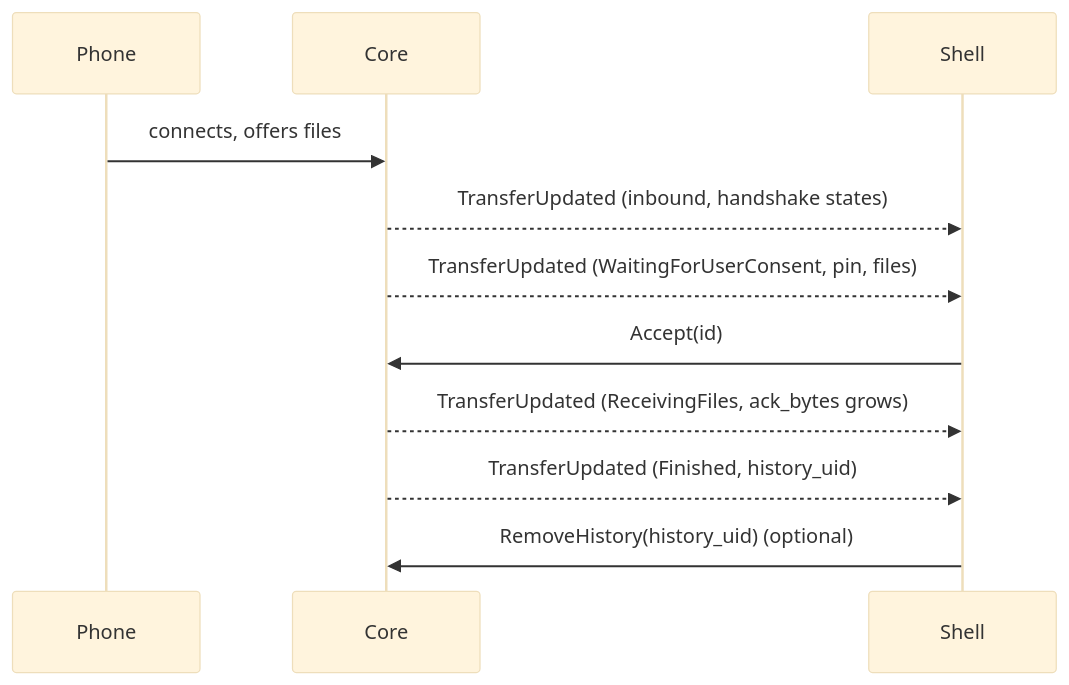
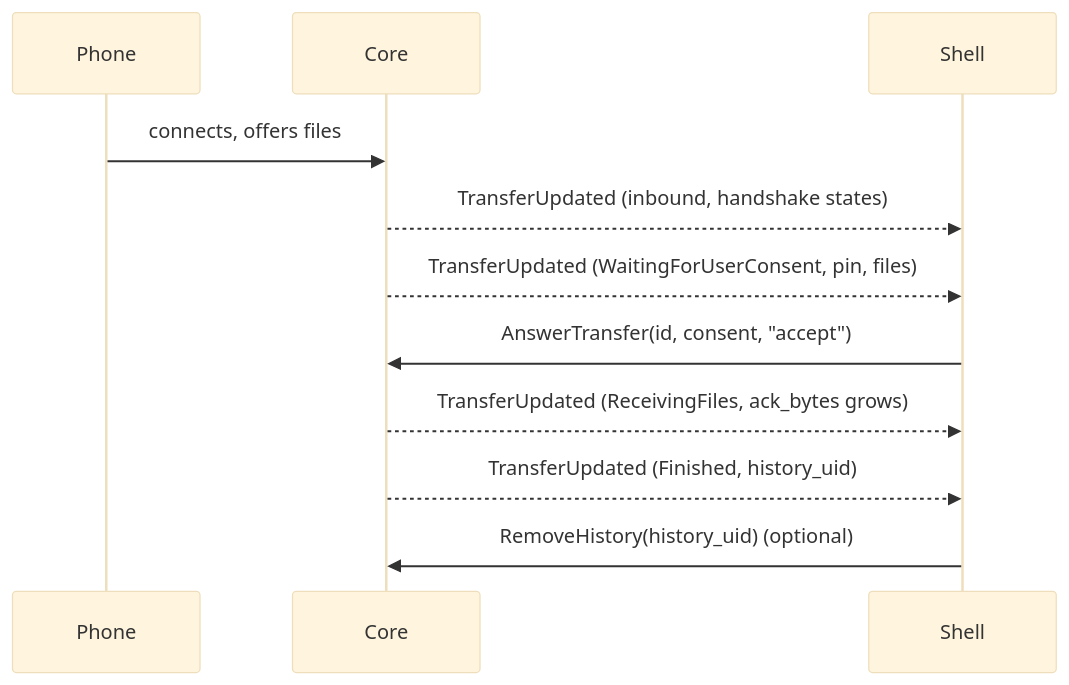
The diagram in docs/dbus-api.md (the-beper/KuickShare), drawn with Mermaid (base theme) before and after one commit. The commit also changed other lines of this file and 30 other files, not shown here.

````diff
--- a/docs/dbus-api.md
+++ b/docs/dbus-api.md
@@ -182,13 +222,13 @@
 ```mermaid
 sequenceDiagram
     participant P as Phone
     participant C as Core
     participant S as Shell
     P->>C: connects, offers files
     C-->>S: TransferUpdated (inbound, handshake states)
     C-->>S: TransferUpdated (WaitingForUserConsent, pin, files)
-    S->>C: Accept(id)
+    S->>C: AnswerTransfer(id, consent, "accept")
     C-->>S: TransferUpdated (ReceivingFiles, ack_bytes grows)
     C-->>S: TransferUpdated (Finished, history_uid)
     S->>C: RemoveHistory(history_uid) (optional)
 ```
````
